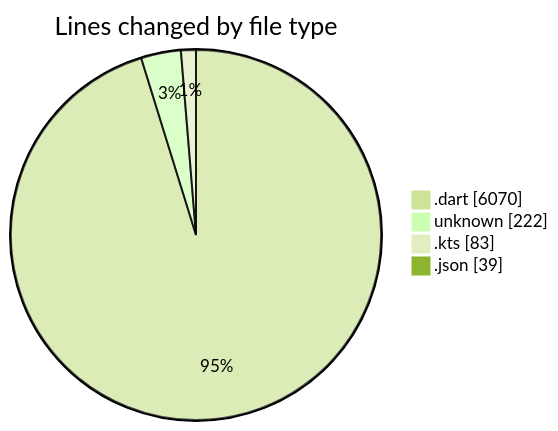
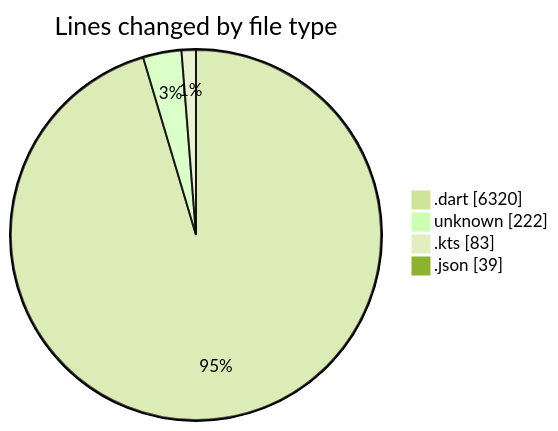
Before and after one commit to lephambinh05/code-tracking: the first of 2 diagrams in 2025-08-05/studybuddy/README.md, drawn with Mermaid (forest theme). The commit also changed other lines of this file and 1 other file, not shown here.

````diff
--- a/2025-08-05/studybuddy/README.md
+++ b/2025-08-05/studybuddy/README.md
@@ -41,8 +42,8 @@
 ```mermaid
 pie showData
 title Lines changed by file type
-".dart" : 6070
+".dart" : 6320
 "unknown" : 222
 ".kts" : 83
 ".json" : 39
 ```
````
